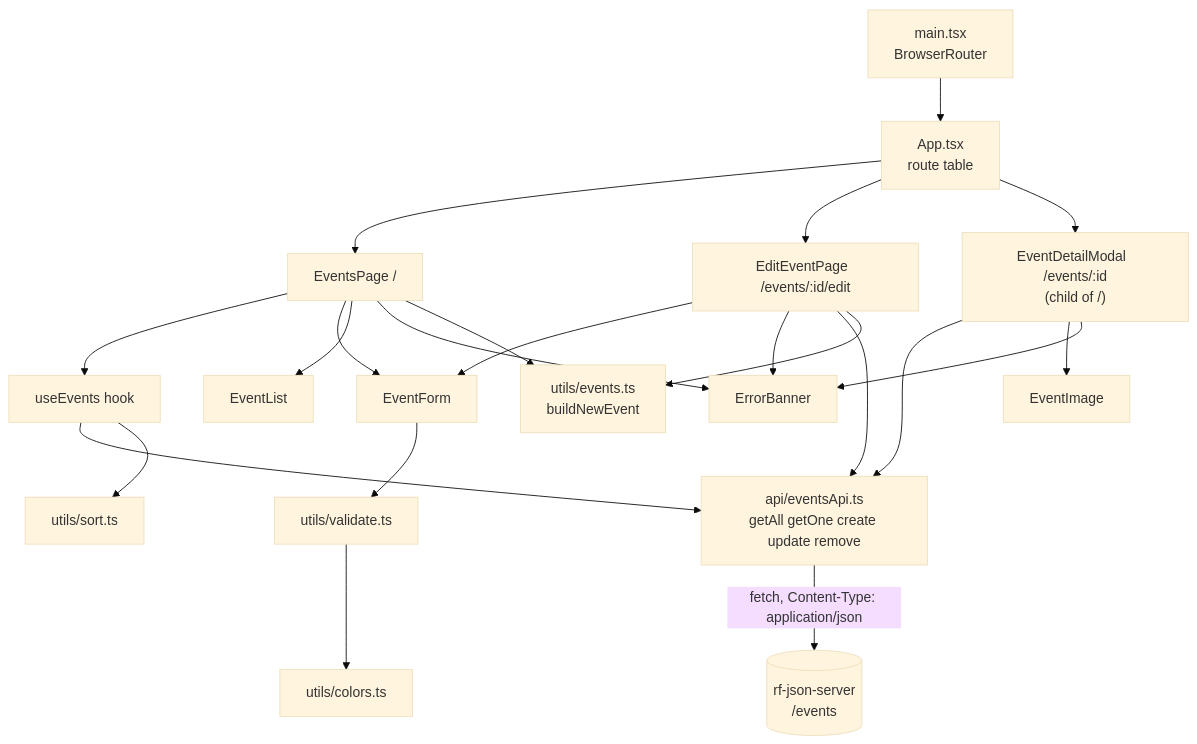
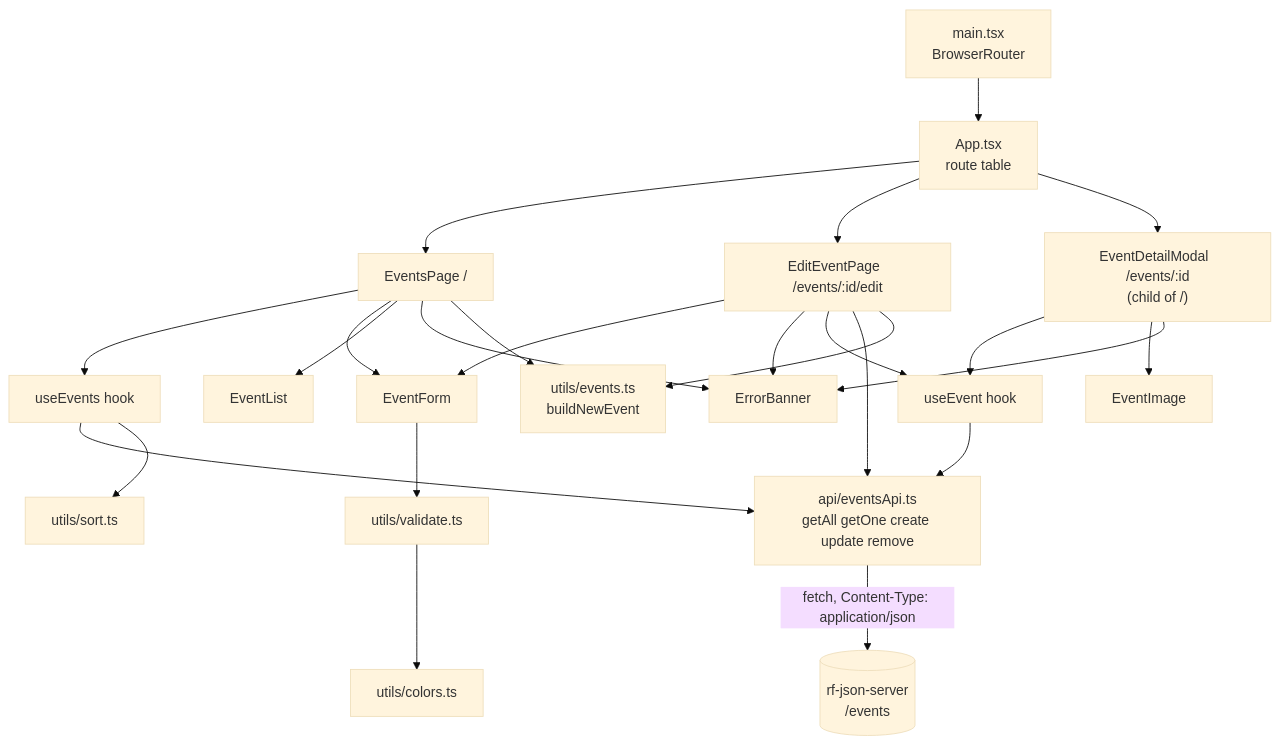
One commit to runningc1/events-app changed the first of 9 diagrams in docs/architecture.md. Above: the diagram before and after it, drawn with Mermaid (base theme). The commit also changed other lines of this file and 18 other files, not shown here.

First line of the commit message:
Consolidate: useEvent hook, drop one-use helpers

````diff
--- a/docs/architecture.md
+++ b/docs/architecture.md
@@ -9,27 +9,29 @@
 ```mermaid
 flowchart TB
   main[main.tsx<br/>BrowserRouter] --> App[App.tsx<br/>route table]
   App --> EventsPage["EventsPage  /"]
   App --> EditEventPage["EditEventPage  /events/:id/edit"]
   App --> Modal["EventDetailModal  /events/:id<br/>(child of /)"]
 
   EventsPage --> useEvents[useEvents hook]
   EventsPage --> EventForm
   EventsPage --> EventList
   EventsPage --> ErrorBanner
   EditEventPage --> EventForm
   EditEventPage --> ErrorBanner
+  EditEventPage --> useEvent[useEvent hook]
   EditEventPage --> api
-  Modal --> api
+  Modal --> useEvent
+  useEvent --> api
   Modal --> EventImage
   Modal --> ErrorBanner
 
   useEvents --> api[api/eventsApi.ts<br/>getAll getOne create update remove]
   useEvents --> sort[utils/sort.ts]
   EventForm --> validate[utils/validate.ts]
   validate --> colors[utils/colors.ts]
   EventsPage --> events[utils/events.ts<br/>buildNewEvent]
   EditEventPage --> events
 
   api -->|fetch, Content-Type: application/json| Server[(rf-json-server<br/>/events)]
 ```
````
